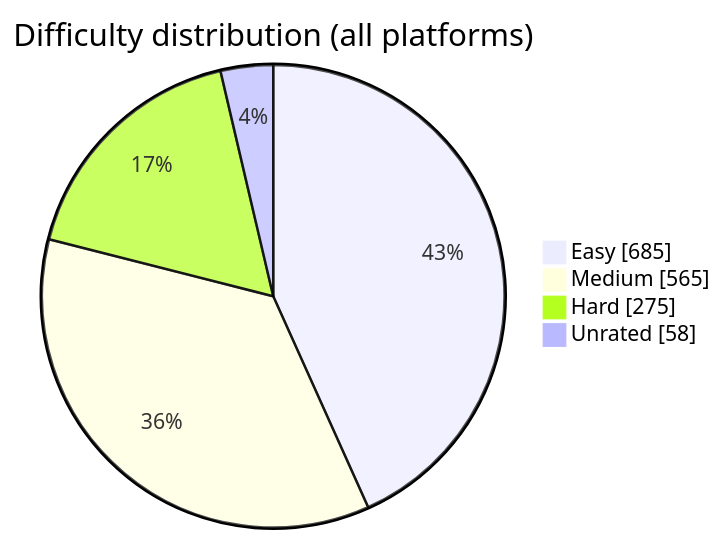
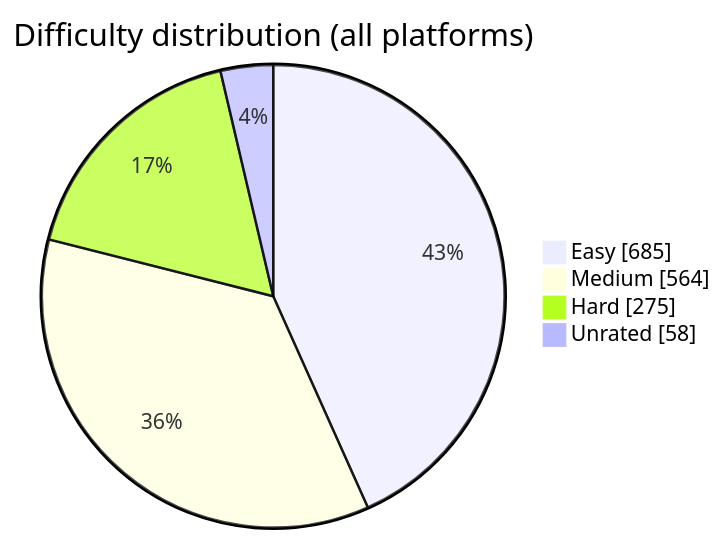
The diagram in README.md (BuildbyArindam/Daily-Coding-Log), drawn with Mermaid before and after one commit. The commit also changed other lines of this file, not shown here.

````diff
--- a/README.md
+++ b/README.md
@@ -93,7 +93,7 @@
 ```mermaid
 pie showData title Difficulty distribution (all platforms)
     "Easy" : 685
-    "Medium" : 565
+    "Medium" : 564
     "Hard" : 275
     "Unrated" : 58
 ```
````
